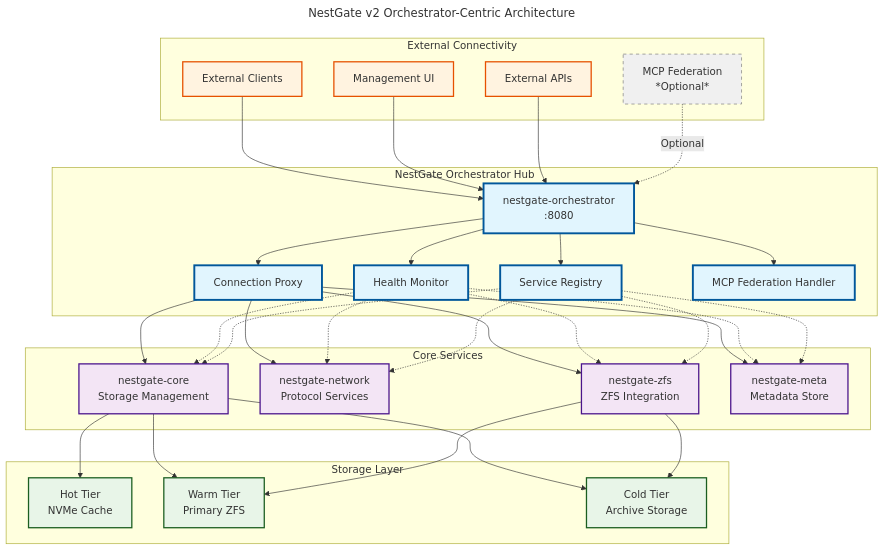
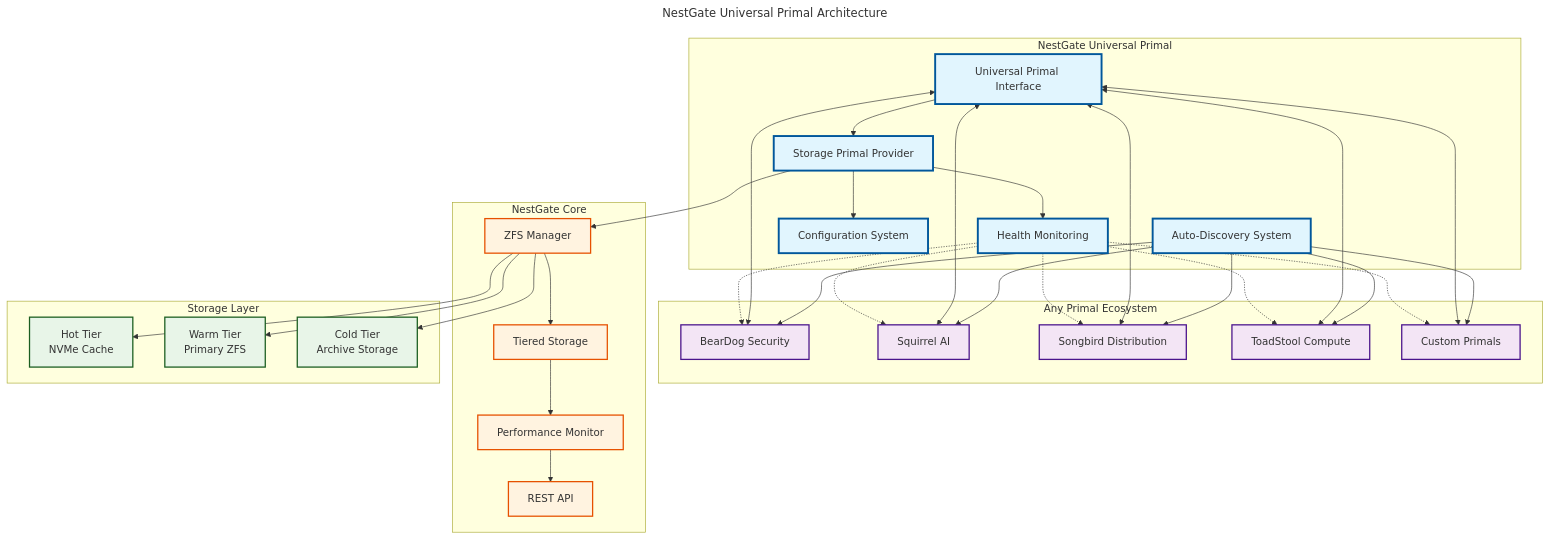
The first of 3 diagrams in specs/ARCHITECTURE_OVERVIEW.md (ecoPrimals/nestGate), drawn with Mermaid before and after one commit. The commit also changed other lines of this file and 193 other files, not shown here.

````diff
--- a/specs/ARCHITECTURE_OVERVIEW.md
+++ b/specs/ARCHITECTURE_OVERVIEW.md
@@ -36,28 +35,29 @@
 ```mermaid
 ---
-title: NestGate v2 Orchestrator-Centric Architecture
+title: NestGate Universal Primal Architecture
 ---
 flowchart TB
-    subgraph "External Connectivity"
-        EXT[External Clients]
-        MCP[MCP Federation<br/>*Optional*]
-        UI[Management UI]
-        API[External APIs]
+    subgraph "Any Primal Ecosystem"
+        BEARDOG[BearDog Security]
+        SQUIRREL[Squirrel AI]
+        SONGBIRD[Songbird Distribution]
+        TOADSTOOL[ToadStool Compute]
+        CUSTOM[Custom Primals]
     end
 
-    subgraph "NestGate Orchestrator Hub"
-        ORCH[nestgate-orchestrator<br/>:8080]
-        REG[Service Registry]
-        PROXY[Connection Proxy]
-        HEALTH[Health Monitor]
-        FED[MCP Federation Handler]
+    subgraph "NestGate Universal Primal"
+        DISCOVERY[Auto-Discovery System]
+        INTERFACE[Universal Primal Interface]
+        STORAGE[Storage Primal Provider]
+        CONFIG[Configuration System]
+        HEALTH[Health Monitoring]
     end
 
-    subgraph "Core Services"
-        CORE[nestgate-core<br/>Storage Management]
-        NET[nestgate-network<br/>Protocol Services]
-        ZFS[nestgate-zfs<br/>ZFS Integration]
-        META[nestgate-meta<br/>Metadata Store]
+    subgraph "NestGate Core"
+        ZFS[ZFS Manager]
+        TIERS[Tiered Storage]
+        MONITOR[Performance Monitor]
+        API[REST API]
     end
 
     subgraph "Storage Layer"
@@ -66,53 +66,49 @@
         COLD[Cold Tier<br/>Archive Storage]
     end
 
-    %% External to Orchestrator
-    EXT --> ORCH
-    UI --> ORCH
-    API --> ORCH
-    MCP -.->|Optional| ORCH
+    %% Universal Discovery
+    DISCOVERY --> BEARDOG
+    DISCOVERY --> SQUIRREL
+    DISCOVERY --> SONGBIRD
+    DISCOVERY --> TOADSTOOL
+    DISCOVERY --> CUSTOM
 
-    %% Orchestrator Internal
-    ORCH --> REG
-    ORCH --> PROXY
-    ORCH --> HEALTH
-    ORCH --> FED
+    %% Capability-Based Communication
+    INTERFACE <--> BEARDOG
+    INTERFACE <--> SQUIRREL
+    INTERFACE <--> SONGBIRD
+    INTERFACE <--> TOADSTOOL
+    INTERFACE <--> CUSTOM
 
-    %% Orchestrator to Services
-    PROXY --> CORE
-    PROXY --> NET
-    PROXY --> ZFS
-    PROXY --> META
+    %% NestGate Internal
+    INTERFACE --> STORAGE
+    STORAGE --> CONFIG
+    STORAGE --> HEALTH
+    STORAGE --> ZFS
+    ZFS --> TIERS
+    TIERS --> MONITOR
+    MONITOR --> API
 
-    %% Service to Storage
-    CORE --> HOT
-    CORE --> WARM
-    CORE --> COLD
+    %% Storage Tiers
+    ZFS --> HOT
     ZFS --> WARM
     ZFS --> COLD
 
     %% Health Monitoring
-    HEALTH -.-> CORE
-    HEALTH -.-> NET
-    HEALTH -.-> ZFS
-    HEALTH -.-> META
-
-    %% Service Registry
-    REG -.-> CORE
-    REG -.-> NET
-    REG -.-> ZFS
-    REG -.-> META
+    HEALTH -.-> BEARDOG
+    HEALTH -.-> SQUIRREL
+    HEALTH -.-> SONGBIRD
+    HEALTH -.-> TOADSTOOL
+    HEALTH -.-> CUSTOM
 
     %% Styling
-    classDef orchestrator fill:#e1f5fe,stroke:#01579b,stroke-width:3px
-    classDef service fill:#f3e5f5,stroke:#4a148c,stroke-width:2px
+    classDef universal fill:#e1f5fe,stroke:#01579b,stroke-width:3px
+    classDef primal fill:#f3e5f5,stroke:#4a148c,stroke-width:2px
     classDef storage fill:#e8f5e8,stroke:#1b5e20,stroke-width:2px
-    classDef external fill:#fff3e0,stroke:#e65100,stroke-width:2px
-    classDef optional fill:#f0f0f0,stroke:#757575,stroke-width:1px,stroke-dasharray: 5 5
+    classDef core fill:#fff3e0,stroke:#e65100,stroke-width:2px
 
-    class ORCH,REG,PROXY,HEALTH,FED orchestrator
-    class CORE,NET,ZFS,META service
+    class DISCOVERY,INTERFACE,STORAGE,CONFIG,HEALTH universal
+    class BEARDOG,SQUIRREL,SONGBIRD,TOADSTOOL,CUSTOM primal
     class HOT,WARM,COLD storage
-    class EXT,UI,API external
-    class MCP optional
+    class ZFS,TIERS,MONITOR,API core
 ```
````
